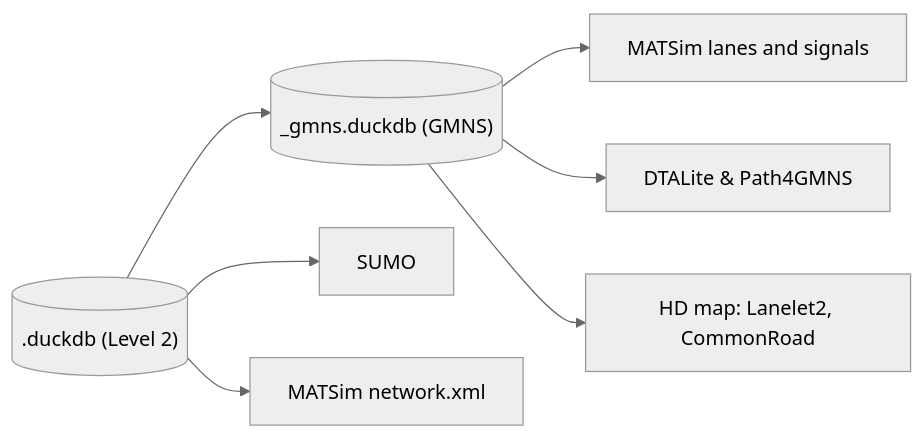
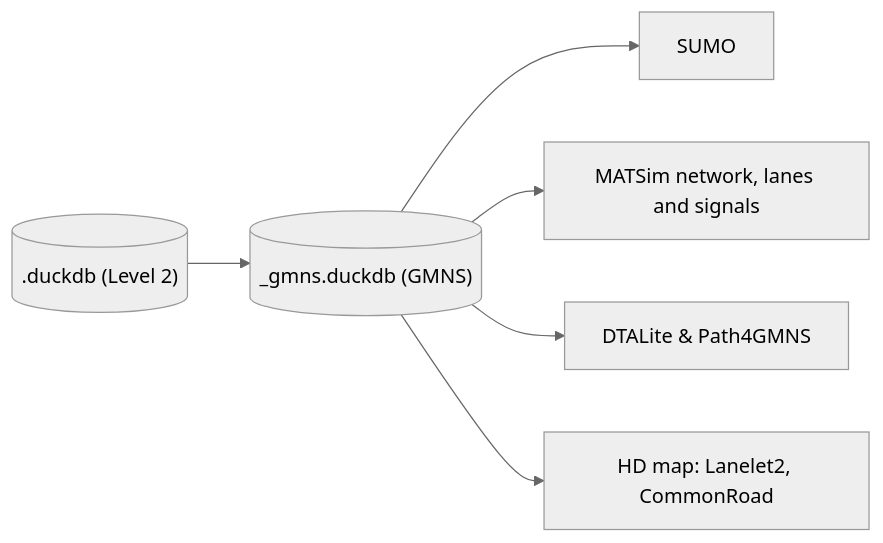
Before and after one commit to Khoshkhah/duckOSM: the diagram in docs/exports/gmns-network/index.md, drawn with Mermaid (neutral theme). The commit also changed other lines of this file and 8 other files, not shown here.

First line of the commit message:
SUMO and MATSim from the GMNS db

````diff
--- a/docs/exports/gmns-network/index.md
+++ b/docs/exports/gmns-network/index.md
@@ -5,9 +5,8 @@
 ```mermaid
 flowchart LR
   l2[("<area>.duckdb (Level 2)")] --> gmns[("<area>_gmns.duckdb (GMNS)")]
-  l2 --> sumo["SUMO"]
-  l2 --> matsim["MATSim network.xml"]
-  gmns --> lanes["MATSim lanes and signals"]
+  gmns --> sumo["SUMO"]
+  gmns --> matsim["MATSim network, lanes and signals"]
   gmns --> dta["DTALite & Path4GMNS"]
   gmns --> hd["HD map: Lanelet2, CommonRoad"]
 ```
````
